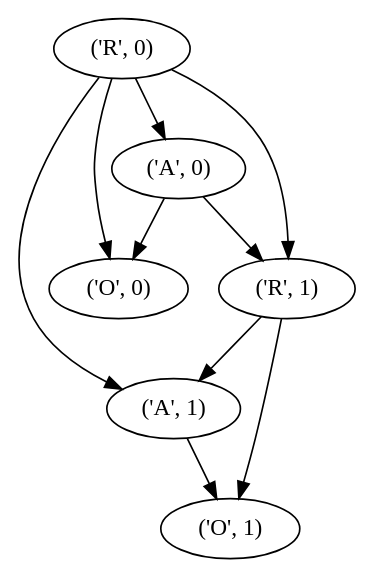
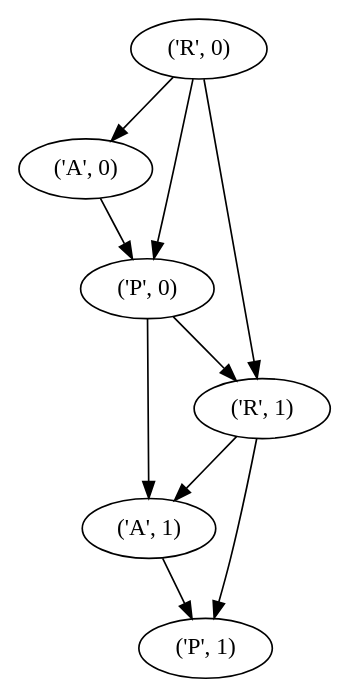
The diagram in output/network.dot (ercarpio/SG_DBN), drawn with Graphviz before and after one commit. The commit also changed 5 other files, not shown here.

```diff
--- a/output/network.dot
+++ b/output/network.dot
@@ -1,17 +1,17 @@
 strict digraph  {
 "('A', 1)" [weight=None];
 "('A', 0)" [weight=None];
-"('O', 1)" [weight=None];
-"('O', 0)" [weight=None];
+"('P', 0)" [weight=None];
+"('P', 1)" [weight=None];
 "('R', 0)" [weight=None];
 "('R', 1)" [weight=None];
-"('A', 1)" -> "('O', 1)"  [weight=None];
-"('A', 0)" -> "('R', 1)"  [weight=None];
-"('A', 0)" -> "('O', 0)"  [weight=None];
-"('R', 0)" -> "('A', 1)"  [weight=None];
+"('A', 1)" -> "('P', 1)"  [weight=None];
+"('A', 0)" -> "('P', 0)"  [weight=None];
+"('P', 0)" -> "('A', 1)"  [weight=None];
+"('P', 0)" -> "('R', 1)"  [weight=None];
 "('R', 0)" -> "('R', 1)"  [weight=None];
+"('R', 0)" -> "('P', 0)"  [weight=None];
 "('R', 0)" -> "('A', 0)"  [weight=None];
-"('R', 0)" -> "('O', 0)"  [weight=None];
 "('R', 1)" -> "('A', 1)"  [weight=None];
-"('R', 1)" -> "('O', 1)"  [weight=None];
+"('R', 1)" -> "('P', 1)"  [weight=None];
 }
```
